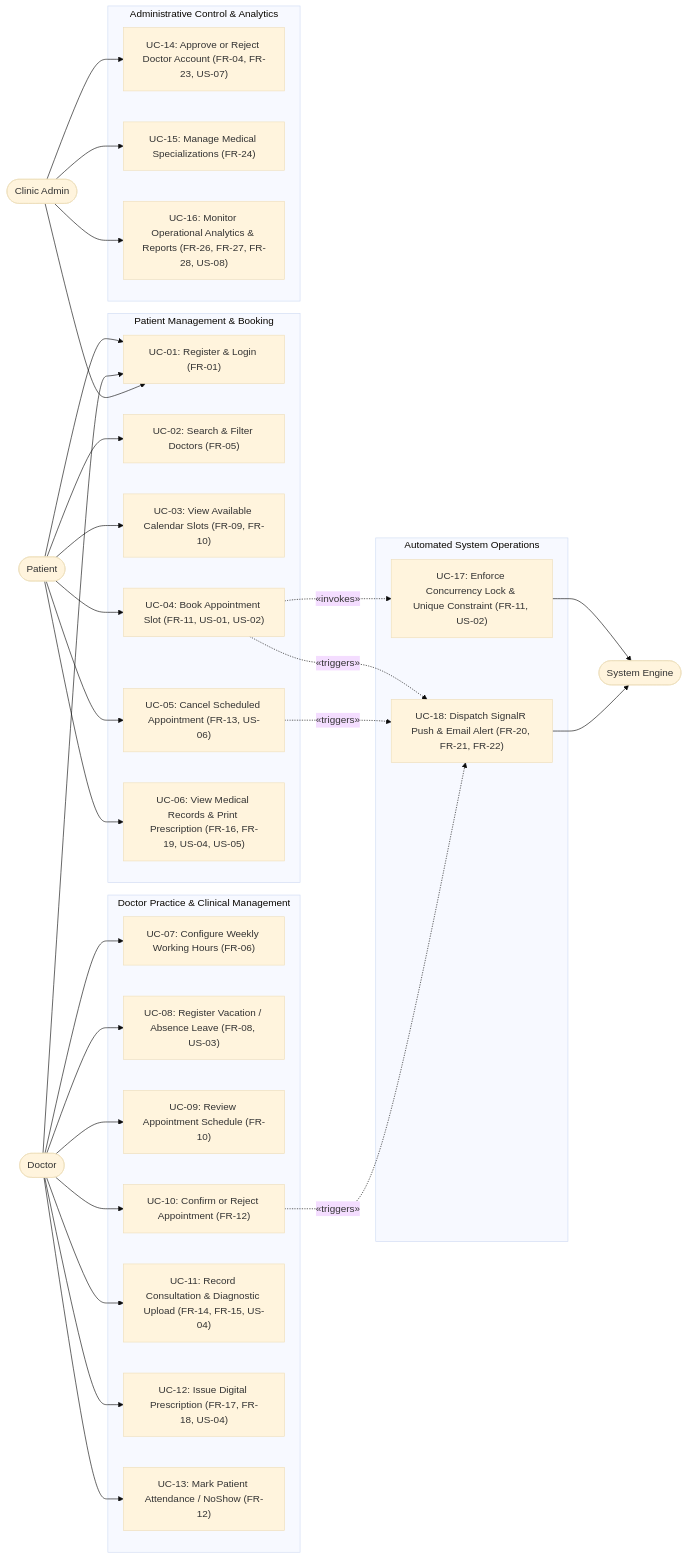
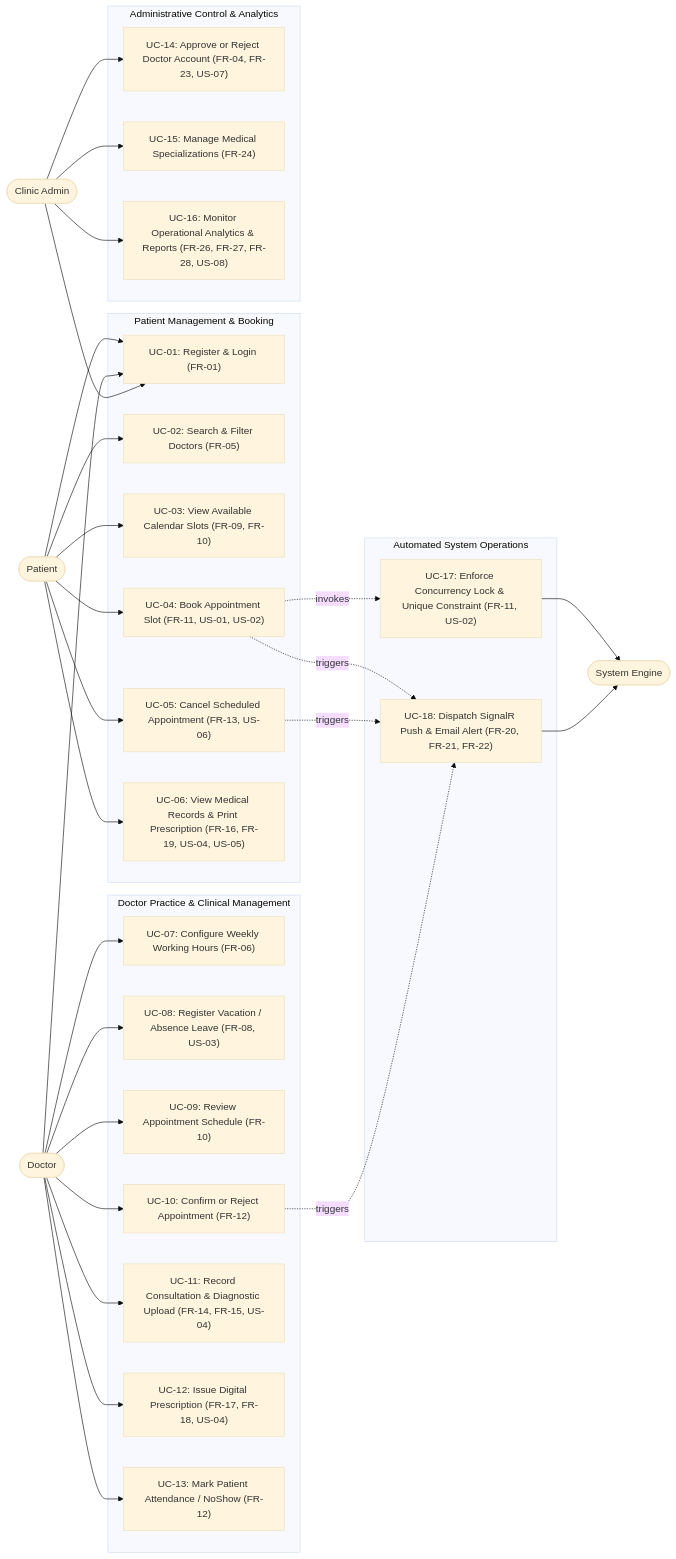
Before and after one commit to foxelhadad812-design/MediCare: the diagram in docs/04-design/use-case-diagram-and-descriptions.md, drawn with Mermaid (base theme). The commit also changed 11 other files, not shown here.

First line of the commit message:
docs(design): fix mermaid syntax issues

````diff
--- a/docs/04-design/use-case-diagram-and-descriptions.md
+++ b/docs/04-design/use-case-diagram-and-descriptions.md
@@ -16,74 +16,74 @@
 ```mermaid
 flowchart LR
     %% Actors
     Patient(["Patient"])
     Doctor(["Doctor"])
     Admin(["Clinic Admin"])
     System(["System Engine"])
 
     %% Patient Use Cases
     subgraph UC_Patient["Patient Management & Booking"]
         UC01["UC-01: Register & Login (FR-01)"]
         UC02["UC-02: Search & Filter Doctors (FR-05)"]
         UC03["UC-03: View Available Calendar Slots (FR-09, FR-10)"]
         UC04["UC-04: Book Appointment Slot (FR-11, US-01, US-02)"]
         UC05["UC-05: Cancel Scheduled Appointment (FR-13, US-06)"]
         UC06["UC-06: View Medical Records & Print Prescription (FR-16, FR-19, US-04, US-05)"]
     end
 
     %% Doctor Use Cases
     subgraph UC_Doctor["Doctor Practice & Clinical Management"]
         UC07["UC-07: Configure Weekly Working Hours (FR-06)"]
         UC08["UC-08: Register Vacation / Absence Leave (FR-08, US-03)"]
         UC09["UC-09: Review Appointment Schedule (FR-10)"]
         UC10["UC-10: Confirm or Reject Appointment (FR-12)"]
         UC11["UC-11: Record Consultation & Diagnostic Upload (FR-14, FR-15, US-04)"]
         UC12["UC-12: Issue Digital Prescription (FR-17, FR-18, US-04)"]
         UC13["UC-13: Mark Patient Attendance / NoShow (FR-12)"]
     end
 
     %% Admin Use Cases
     subgraph UC_Admin["Administrative Control & Analytics"]
         UC14["UC-14: Approve or Reject Doctor Account (FR-04, FR-23, US-07)"]
         UC15["UC-15: Manage Medical Specializations (FR-24)"]
         UC16["UC-16: Monitor Operational Analytics & Reports (FR-26, FR-27, FR-28, US-08)"]
     end
 
     %% Automated Engine Use Cases
     subgraph UC_System["Automated System Operations"]
         UC17["UC-17: Enforce Concurrency Lock & Unique Constraint (FR-11, US-02)"]
         UC18["UC-18: Dispatch SignalR Push & Email Alert (FR-20, FR-21, FR-22)"]
     end
 
     %% Patient associations
     Patient --> UC01
     Patient --> UC02
     Patient --> UC03
     Patient --> UC04
     Patient --> UC05
     Patient --> UC06
 
     %% Doctor associations
     Doctor --> UC01
     Doctor --> UC07
     Doctor --> UC08
     Doctor --> UC09
     Doctor --> UC10
     Doctor --> UC11
     Doctor --> UC12
     Doctor --> UC13
 
     %% Admin associations
     Admin --> UC01
     Admin --> UC14
     Admin --> UC15
     Admin --> UC16
 
     %% System associations
-    UC04 -.->|"«invokes»"| UC17
-    UC04 -.->|"«triggers»"| UC18
-    UC05 -.->|"«triggers»"| UC18
-    UC10 -.->|"«triggers»"| UC18
+    UC04 -.->|invokes| UC17
+    UC04 -.->|triggers| UC18
+    UC05 -.->|triggers| UC18
+    UC10 -.->|triggers| UC18
     UC17 --> System
     UC18 --> System
 ```
````
